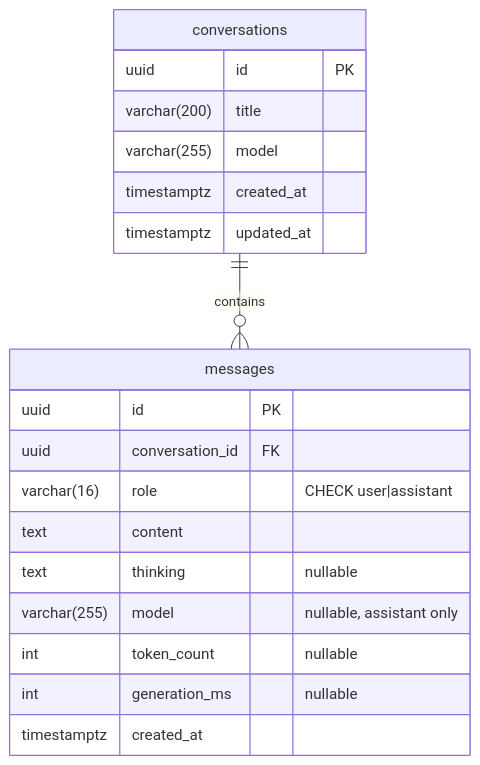
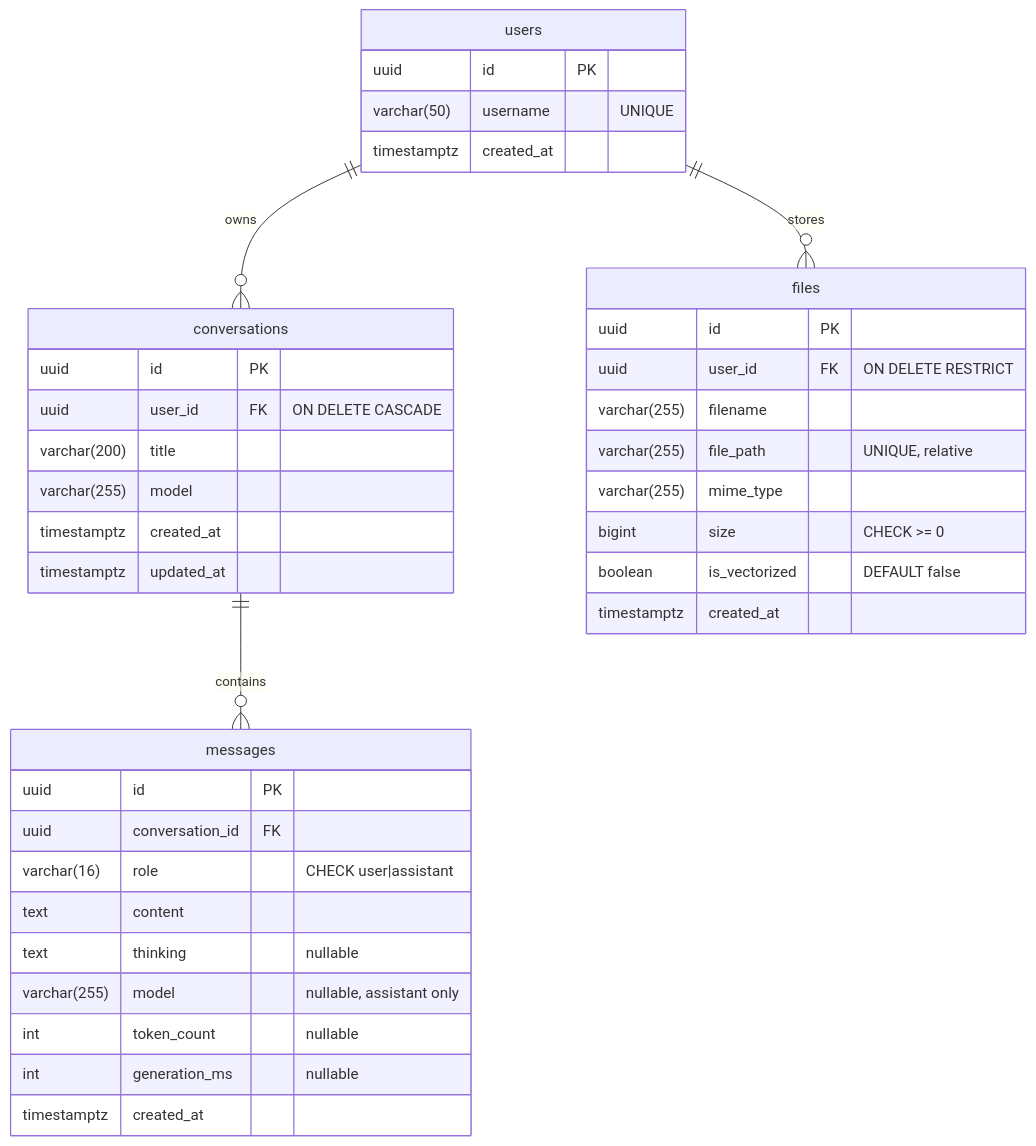
One commit to Jean-Killian/Nuage-Libre changed the diagram in docs/DATABASE.md. Above: the diagram before and after it, drawn with Mermaid. The commit also changed other lines of this file and 64 other files, not shown here.

````diff
--- a/docs/DATABASE.md
+++ b/docs/DATABASE.md
@@ -48,22 +68,40 @@
 ```mermaid
 erDiagram
+    users ||--o{ conversations : owns
+    users ||--o{ files : stores
     conversations ||--o{ messages : contains
+    users {
+        uuid id PK
+        varchar(50) username "UNIQUE"
+        timestamptz created_at
+    }
     conversations {
         uuid id PK
+        uuid user_id FK "ON DELETE CASCADE"
         varchar(200) title
         varchar(255) model
         timestamptz created_at
         timestamptz updated_at
+    }
+    files {
+        uuid id PK
+        uuid user_id FK "ON DELETE RESTRICT"
+        varchar(255) filename
+        varchar(255) file_path "UNIQUE, relative"
+        varchar(255) mime_type
+        bigint size "CHECK >= 0"
+        boolean is_vectorized "DEFAULT false"
+        timestamptz created_at
     }
     messages {
         uuid id PK
         uuid conversation_id FK
         varchar(16) role "CHECK user|assistant"
         text content
         text thinking "nullable"
         varchar(255) model "nullable, assistant only"
         int token_count "nullable"
         int generation_ms "nullable"
         timestamptz created_at
     }
 ```
````
